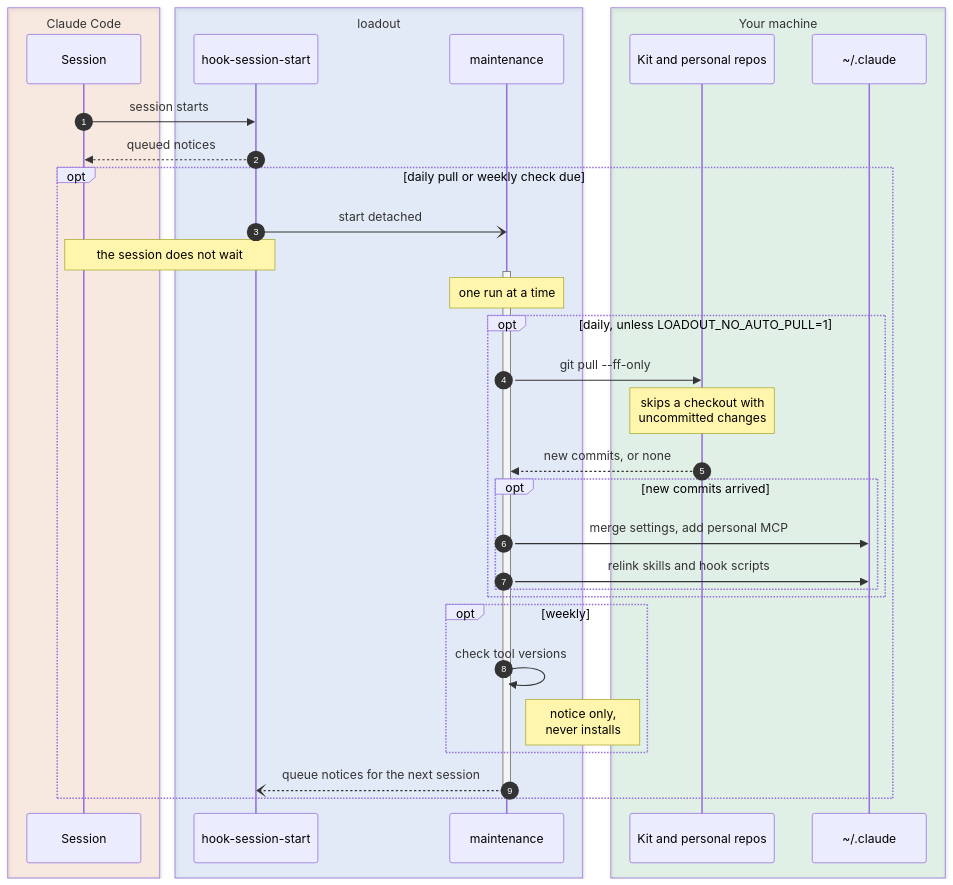
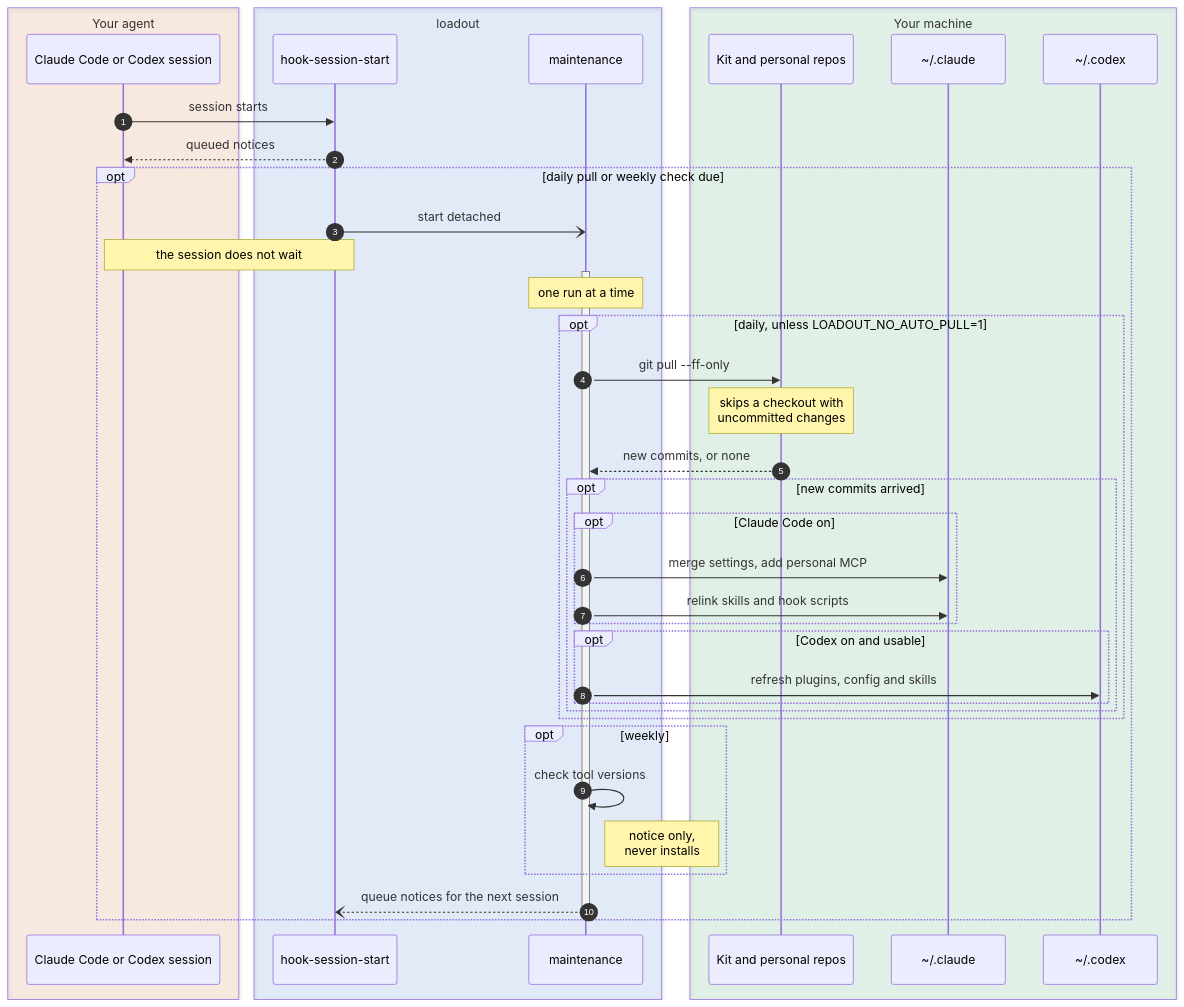
One commit to jonasyr/agent-loadout changed the diagram in docs/diagrams/architecture-daily-sync.mmd. Above: the diagram before and after it, drawn with Mermaid. The commit also changed 17 other files, not shown here.

Commit message:
docs(diagrams): show Codex next to Claude Code in the overview and the daily sync

```diff
--- a/docs/diagrams/architecture-daily-sync.mmd
+++ b/docs/diagrams/architecture-daily-sync.mmd
@@ -1,37 +1,43 @@
 sequenceDiagram
   autonumber
-  box rgba(234, 88, 12, 0.10) Claude Code
-    participant S as Session
+  box rgba(234, 88, 12, 0.10) Your agent
+    participant S as Claude Code or Codex session
   end
   box rgba(37, 99, 235, 0.10) loadout
     participant H as hook-session-start
     participant M as maintenance
   end
   box rgba(22, 163, 74, 0.10) Your machine
     participant G as Kit and personal repos
     participant C as ~/.claude
+    participant X as ~/.codex
   end
 
   S->>H: session starts
   H-->>S: queued notices
   opt daily pull or weekly check due
     H-)M: start detached
     Note over S,H: the session does not wait
     activate M
     Note over M: one run at a time
     opt daily, unless LOADOUT_NO_AUTO_PULL=1
       M->>G: git pull --ff-only
       Note over G: skips a checkout with<br/>uncommitted changes
       G-->>M: new commits, or none
       opt new commits arrived
-        M->>C: merge settings, add personal MCP
-        M->>C: relink skills and hook scripts
+        opt Claude Code on
+          M->>C: merge settings, add personal MCP
+          M->>C: relink skills and hook scripts
+        end
+        opt Codex on and usable
+          M->>X: refresh plugins, config and skills
+        end
       end
     end
     opt weekly
       M->>M: check tool versions
       Note right of M: notice only,<br/>never installs
     end
     M--)H: queue notices for the next session
     deactivate M
   end
```
